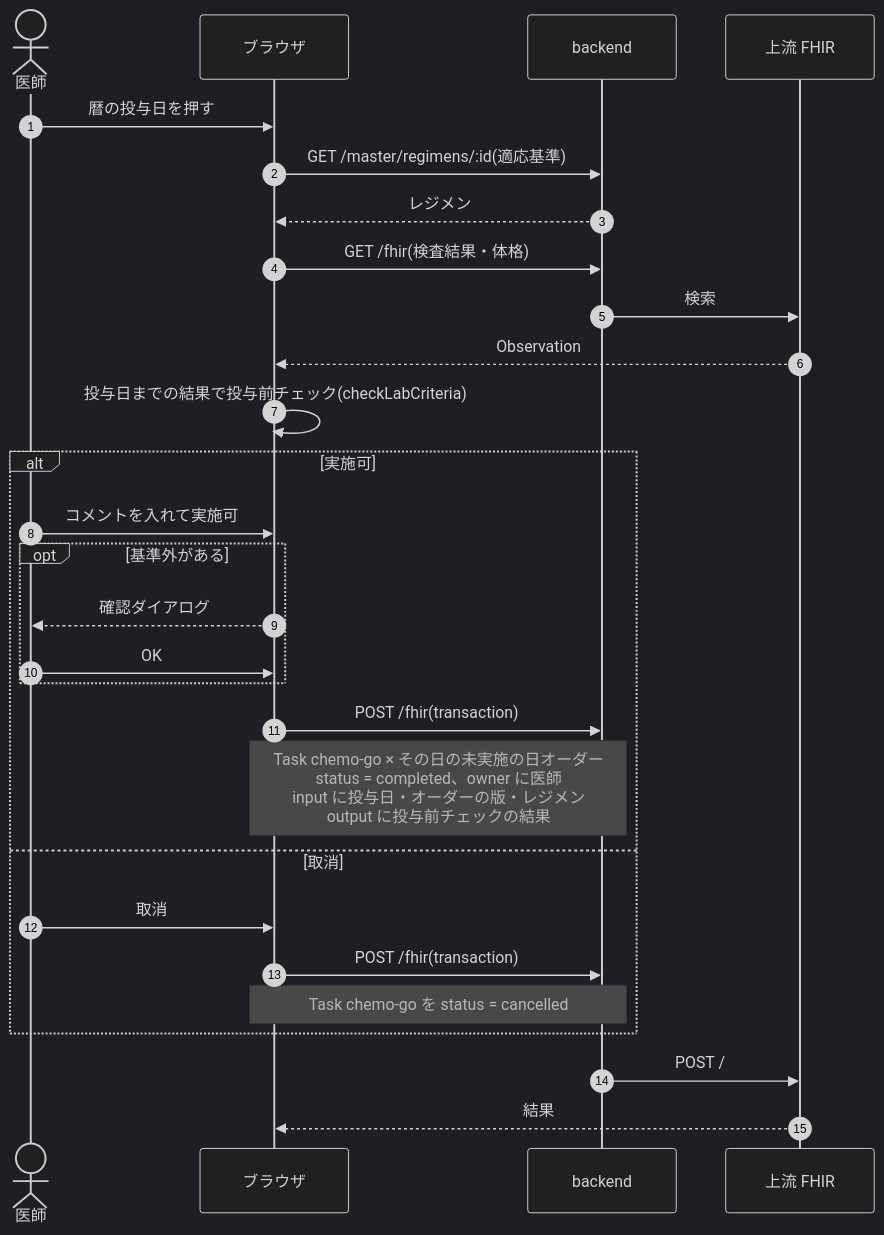
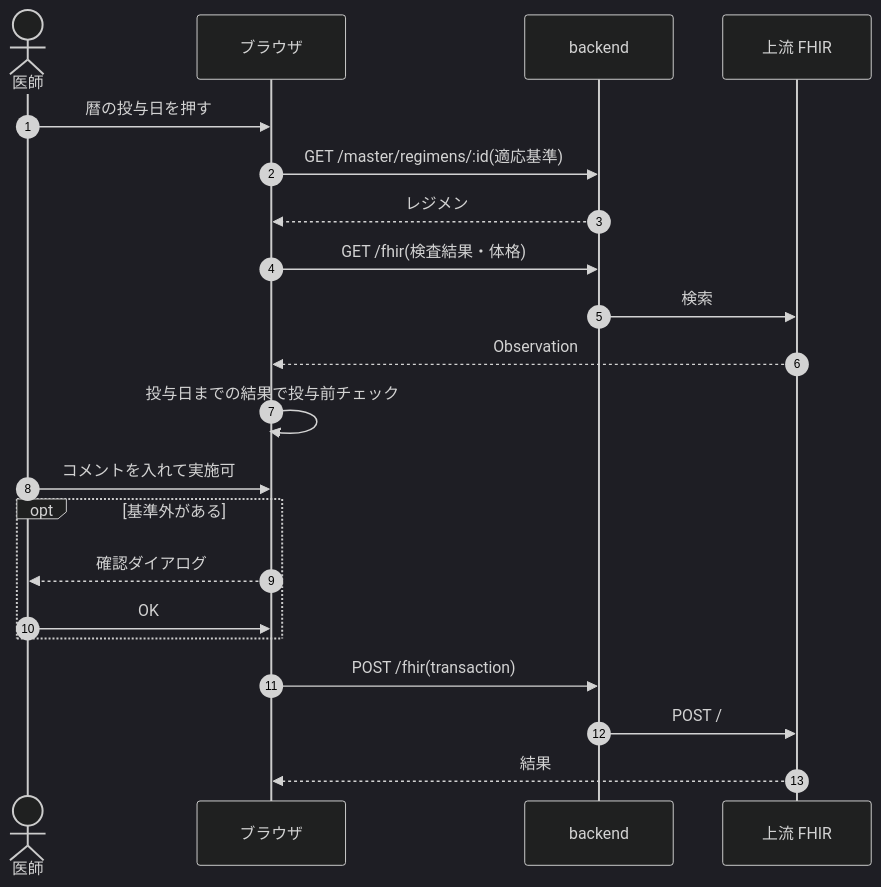
Before and after one commit to ysnr-dev/fhir-client-docs: the second of 10 diagrams in docs/dev/chemotherapy.md, drawn with Mermaid (dark theme). The commit also changed other lines of this file and 43 other files, not shown here.

Commit message:
docs: 業務フローとシーケンス図を写し直し

````diff
--- a/docs/dev/chemotherapy.md
+++ b/docs/dev/chemotherapy.md
@@ -79,31 +141,24 @@
 ```mermaid
 sequenceDiagram
   autonumber
   actor Dr as 医師
   participant UI as ブラウザ
   participant BE as backend
   participant FHIR as 上流 FHIR
 
   Dr->>UI: 暦の投与日を押す
   UI->>BE: GET /master/regimens/:id(適応基準)
   BE-->>UI: レジメン
   UI->>BE: GET /fhir(検査結果・体格)
   BE->>FHIR: 検索
   FHIR-->>UI: Observation
-  UI->>UI: 投与日までの結果で投与前チェック(checkLabCriteria)
-  alt 実施可
-    Dr->>UI: コメントを入れて実施可
-    opt 基準外がある
-      UI-->>Dr: 確認ダイアログ
-      Dr->>UI: OK
-    end
-    UI->>BE: POST /fhir(transaction)
-    Note over UI,BE: Task chemo-go × その日の未実施の日オーダー<br/>status = completed、owner に医師<br/>input に投与日・オーダーの版・レジメン<br/>output に投与前チェックの結果
-  else 取消
-    Dr->>UI: 取消
-    UI->>BE: POST /fhir(transaction)
-    Note over UI,BE: Task chemo-go を status = cancelled
+  UI->>UI: 投与日までの結果で投与前チェック
+  Dr->>UI: コメントを入れて実施可
+  opt 基準外がある
+    UI-->>Dr: 確認ダイアログ
+    Dr->>UI: OK
   end
+  UI->>BE: POST /fhir(transaction)
   BE->>FHIR: POST /
   FHIR-->>UI: 結果
 ```
````
